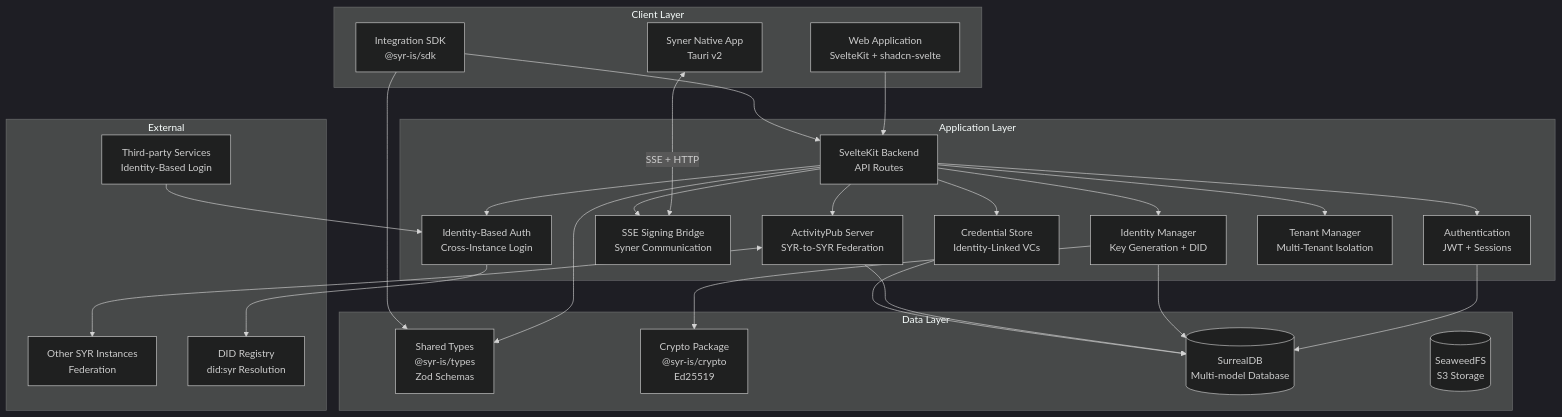
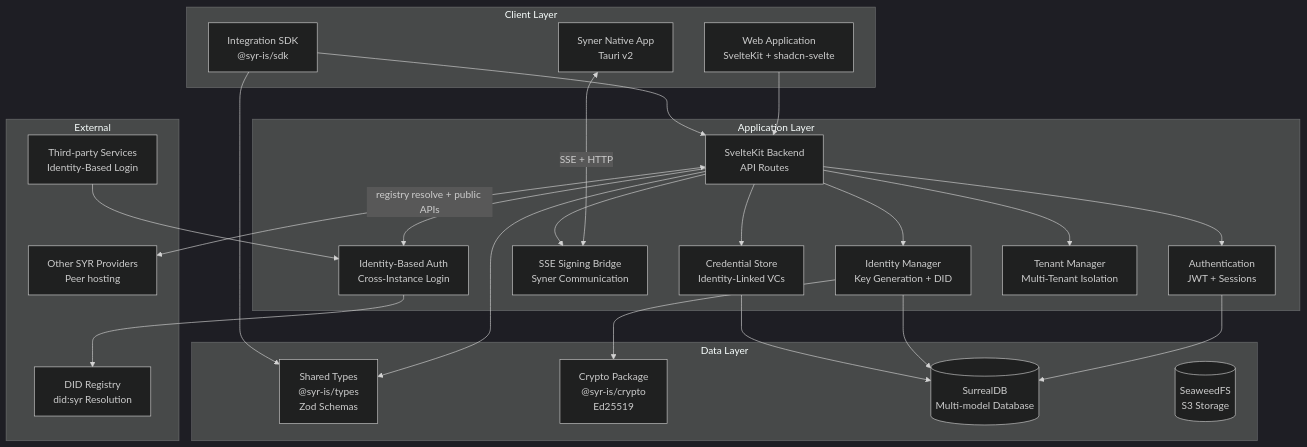
One commit to syr-is/syr changed the first of 17 diagrams in Architecture.md. Above: the diagram before and after it, drawn with Mermaid (dark theme). The commit also changed other lines of this file and 62 other files, not shown here.

````diff
--- a/Architecture.md
+++ b/Architecture.md
@@ -16,56 +16,53 @@
 ```mermaid
 graph TB
     subgraph "Client Layer"
         Web[Web Application<br/>SvelteKit + shadcn-svelte]
         Syner[Syner Native App<br/>Tauri v2]
         SDK[Integration SDK<br/>@syr-is/sdk]
     end
 
     subgraph "Application Layer"
         API[SvelteKit Backend<br/>API Routes]
         Auth[Authentication<br/>JWT + Sessions]
         IDM[Identity Manager<br/>Key Generation + DID]
         SSEBridge[SSE Signing Bridge<br/>Syner Communication]
-        AP[ActivityPub Server<br/>SYR-to-SYR Federation]
         VC[Credential Store<br/>Identity-Linked VCs]
         IDA[Identity-Based Auth<br/>Cross-Instance Login]
         TM[Tenant Manager<br/>Multi-Tenant Isolation]
     end
 
     subgraph "Data Layer"
         Types[Shared Types<br/>@syr-is/types<br/>Zod Schemas]
         Crypto[Crypto Package<br/>@syr-is/crypto<br/>Ed25519]
         DB[(SurrealDB<br/>Multi-model Database)]
         S3[(SeaweedFS<br/>S3 Storage)]
     end
 
     subgraph "External"
-        SYR2[Other SYR Instances<br/>Federation]
+        SYR2[Other SYR Providers<br/>Peer hosting]
         Services[Third-party Services<br/>Identity-Based Login]
         Registry[DID Registry<br/>did:syr Resolution]
     end
 
     Web --> API
     Syner <-->|"SSE + HTTP"| SSEBridge
     SDK --> API
     API --> Auth
     API --> IDM
     API --> SSEBridge
-    API --> AP
     API --> VC
     API --> IDA
     API --> TM
 
     Auth --> DB
     IDM --> DB
     IDM --> Crypto
-    AP --> DB
     VC --> DB
     IDA --> Registry
 
     API --> Types
     SDK --> Types
 
-    AP <--> SYR2
+    API <-->|"registry resolve + public APIs"| SYR2
     Services --> IDA
 ```
````
